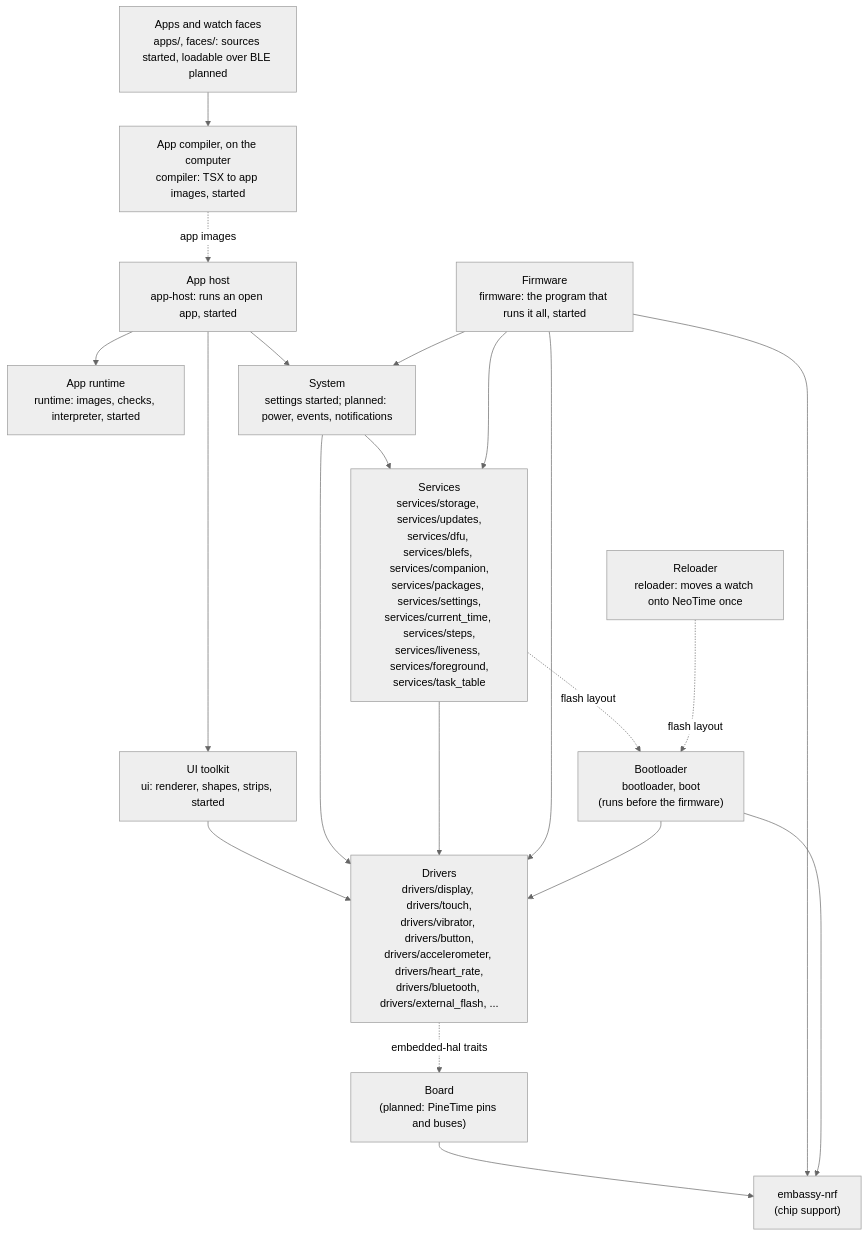
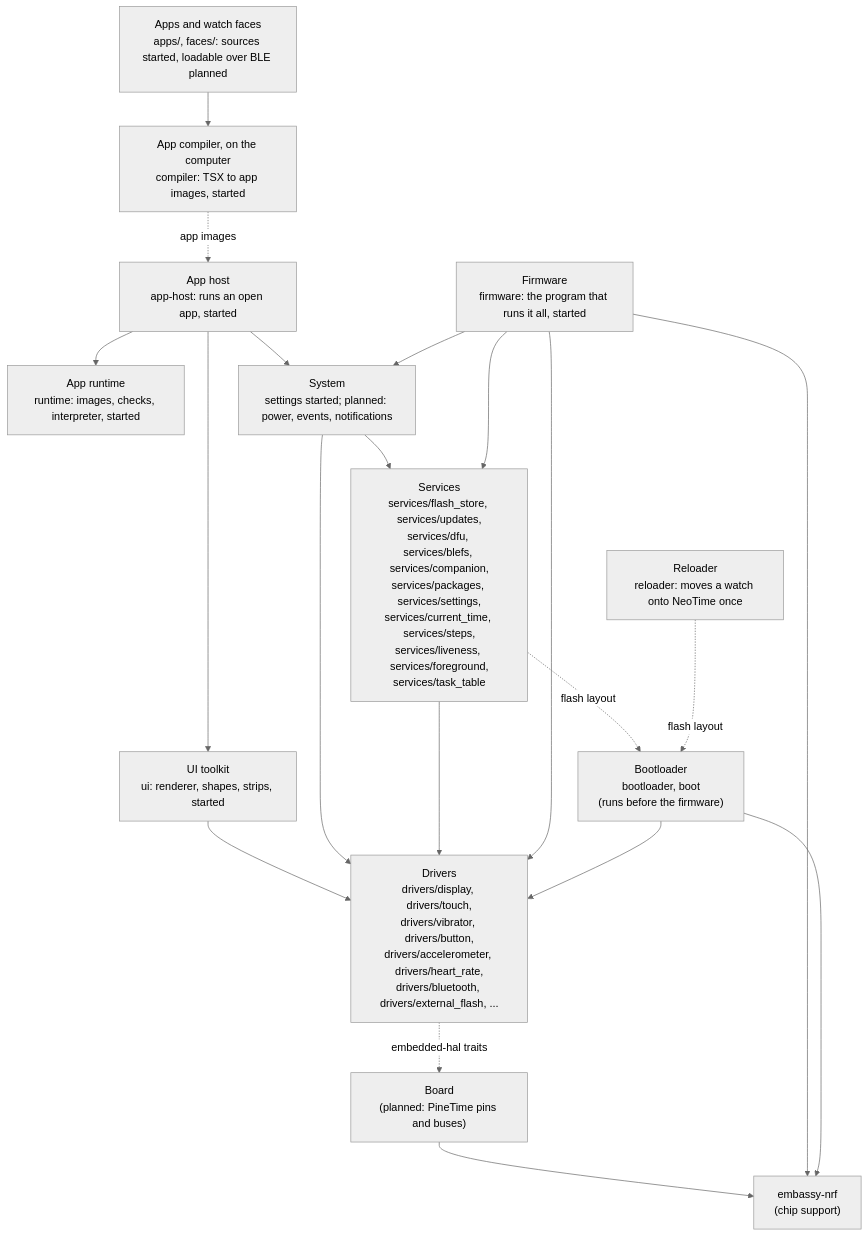
One commit to BeatLink/BattleTime changed the diagram in docs/architecture.md. Above: the diagram before and after it, drawn with Mermaid (neutral theme). The commit also changed other lines of this file and 62 other files, not shown here.

````diff
--- a/docs/architecture.md
+++ b/docs/architecture.md
@@ -28,38 +28,38 @@
 ```mermaid
 flowchart TB
     apps["Apps and watch faces<br/>apps/, faces/: sources started, loadable over BLE planned"]
     host["App host<br/>app-host: runs an open app, started"]
     compiler["App compiler, on the computer<br/>compiler: TSX to app images, started"]
     runtime["App runtime<br/>runtime: images, checks, interpreter, started"]
     ui["UI toolkit<br/>ui: renderer, shapes, strips, started"]
     system["System<br/>settings started; planned: power, events, notifications"]
-    services["Services<br/>services/storage, services/updates,<br/>services/dfu, services/blefs, services/companion,<br/>services/packages, services/settings,<br/>services/current_time, services/steps,<br/>services/liveness, services/foreground,<br/>services/task_table"]
+    services["Services<br/>services/flash_store, services/updates,<br/>services/dfu, services/blefs, services/companion,<br/>services/packages, services/settings,<br/>services/current_time, services/steps,<br/>services/liveness, services/foreground,<br/>services/task_table"]
     drivers["Drivers<br/>drivers/display, drivers/touch,<br/>drivers/vibrator, drivers/button,<br/>drivers/accelerometer, drivers/heart_rate,<br/>drivers/bluetooth, drivers/external_flash, ..."]
     board["Board<br/>(planned: PineTime pins and buses)"]
     hal["embassy-nrf<br/>(chip support)"]
 
     apps --> compiler
     compiler -. app images .-> host
     host --> runtime
     host --> ui
     host --> system
     ui --> drivers
     system --> services
     system --> drivers
     services --> drivers
     drivers -. embedded-hal traits .-> board
     board --> hal
 
     firmware["Firmware<br/>firmware: the program that runs it all, started"]
     firmware --> system
     firmware --> services
     firmware --> drivers
     firmware --> hal
 
     bootloader["Bootloader<br/>bootloader, boot<br/>(runs before the firmware)"]
     bootloader --> drivers
     bootloader --> hal
     services -. flash layout .-> bootloader
     reloader["Reloader<br/>reloader: moves a watch onto NeoTime once"]
     reloader -. flash layout .-> bootloader
 ```
````
